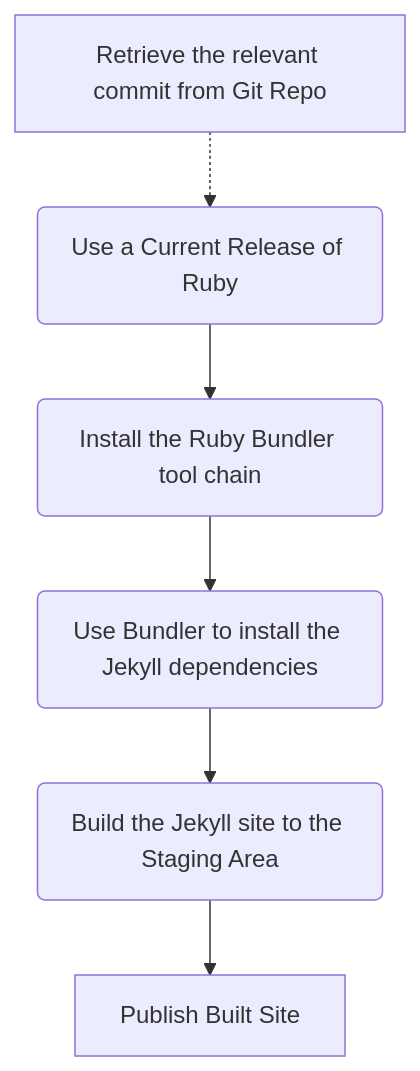
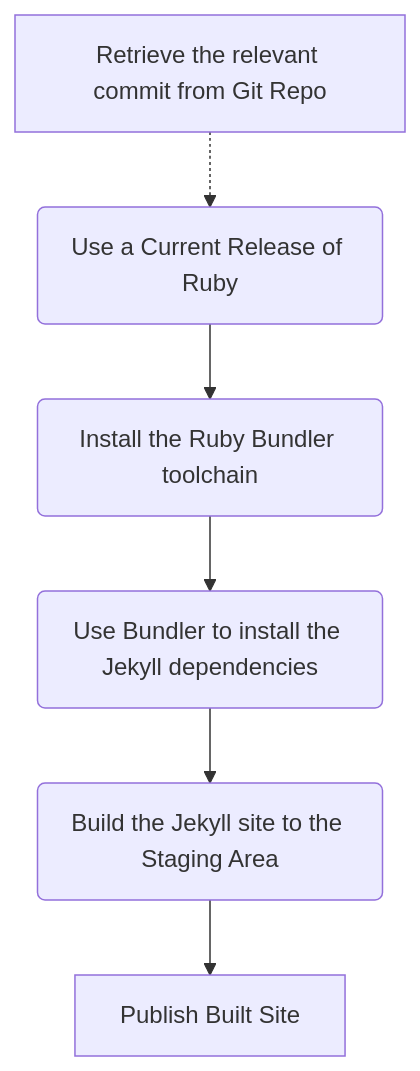
One commit to DamianFlynn/damianflynn.github.io-archived changed the third of 3 diagrams in _posts/2018-10-10-Building-The-Site.md. Above: the diagram before and after it, drawn with Mermaid. The commit also changed other lines of this file and 221 other files, not shown here.

```diff
--- a/_posts/2018-10-10-Building-The-Site.md
+++ b/_posts/2018-10-10-Building-The-Site.md
@@ -140,15 +136,15 @@
 <div class="mermaid" style="text-align:center">
 graph TD
     A[Retrieve the relevant commit from Git Repo]
     B(Use a Current Release of Ruby)
-    C(Install the Ruby Bundler tool chain)
+    C(Install the Ruby Bundler toolchain)
     D(Use Bundler to install the Jekyll dependencies)
     E(Build the Jekyll site to the Staging Area)
     F[Publish Built Site]
 
     A -.-> B
     B --> C
     C --> D
     D --> E
     E --> F
 </div>
```
